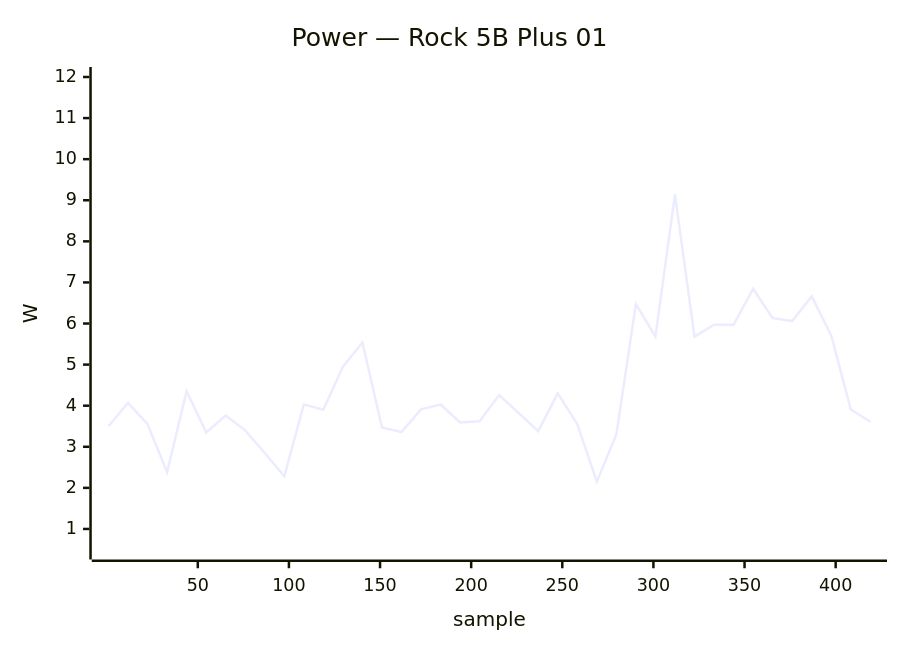
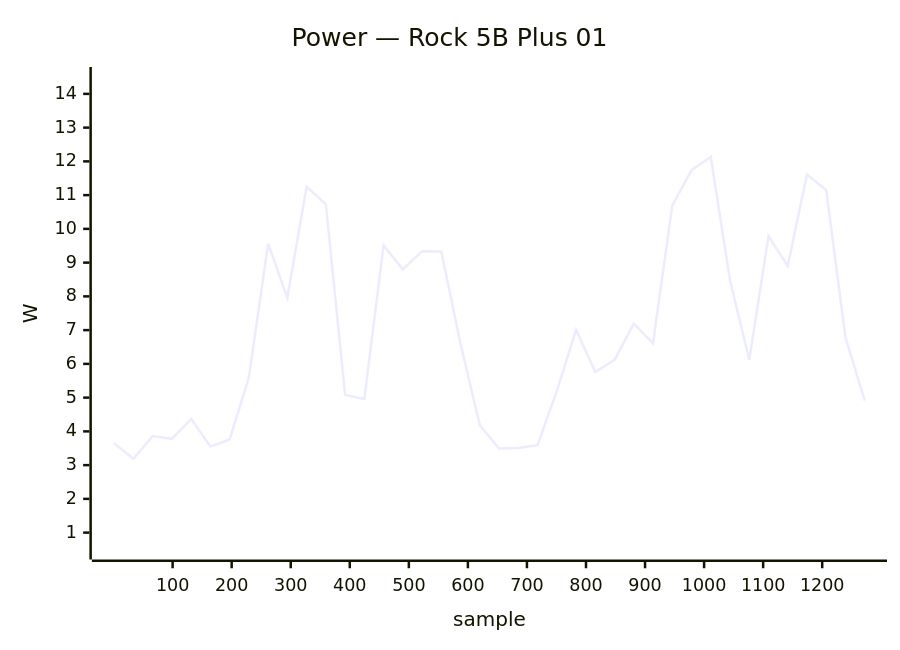
Before and after one commit to armbian/documentation: diagram 20 of 24 in docs/status/board-tests.md, drawn with Mermaid. The commit also changed other lines of this file, not shown here.

````diff
--- a/docs/status/board-tests.md
+++ b/docs/status/board-tests.md
@@ -1089,7 +1089,7 @@
     ```mermaid
     xychart-beta
         title "Power — Rock 5B Plus 01"
-        x-axis "sample" 1 --> 419
-        y-axis "W" 0.5 --> 12.0
-        line [3.50, 4.07, 3.55, 2.38, 4.35, 3.35, 3.76, 3.40, 2.85, 2.28, 4.03, 3.90, 4.95, 5.54, 3.47, 3.36, 3.91, 4.03, 3.59, 3.62, 4.26, 3.82, 3.38, 4.30, 3.55, 2.15, 3.30, 6.47, 5.68, 9.14, 5.68, 5.97, 5.97, 6.84, 6.13, 6.06, 6.66, 5.71, 3.91, 3.61]
+        x-axis "sample" 1 --> 1272
+        y-axis "W" 0.5 --> 14.5
+        line [3.65, 3.19, 3.86, 3.78, 4.37, 3.55, 3.76, 5.60, 9.56, 7.96, 11.25, 10.73, 5.08, 4.96, 9.51, 8.80, 9.34, 9.33, 6.59, 4.18, 3.49, 3.51, 3.59, 5.19, 7.01, 5.76, 6.12, 7.19, 6.61, 10.69, 11.74, 12.13, 8.48, 6.12, 9.78, 8.90, 11.61, 11.15, 6.78, 4.91]
     ```
````
